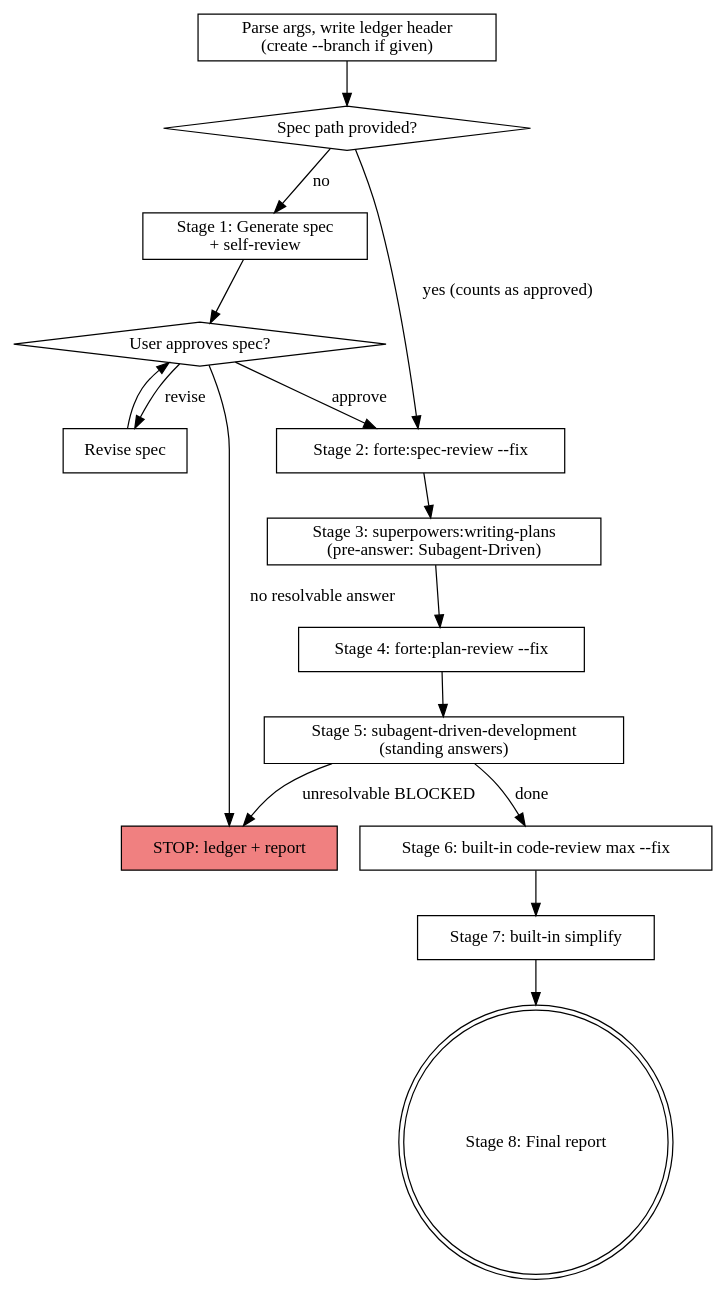
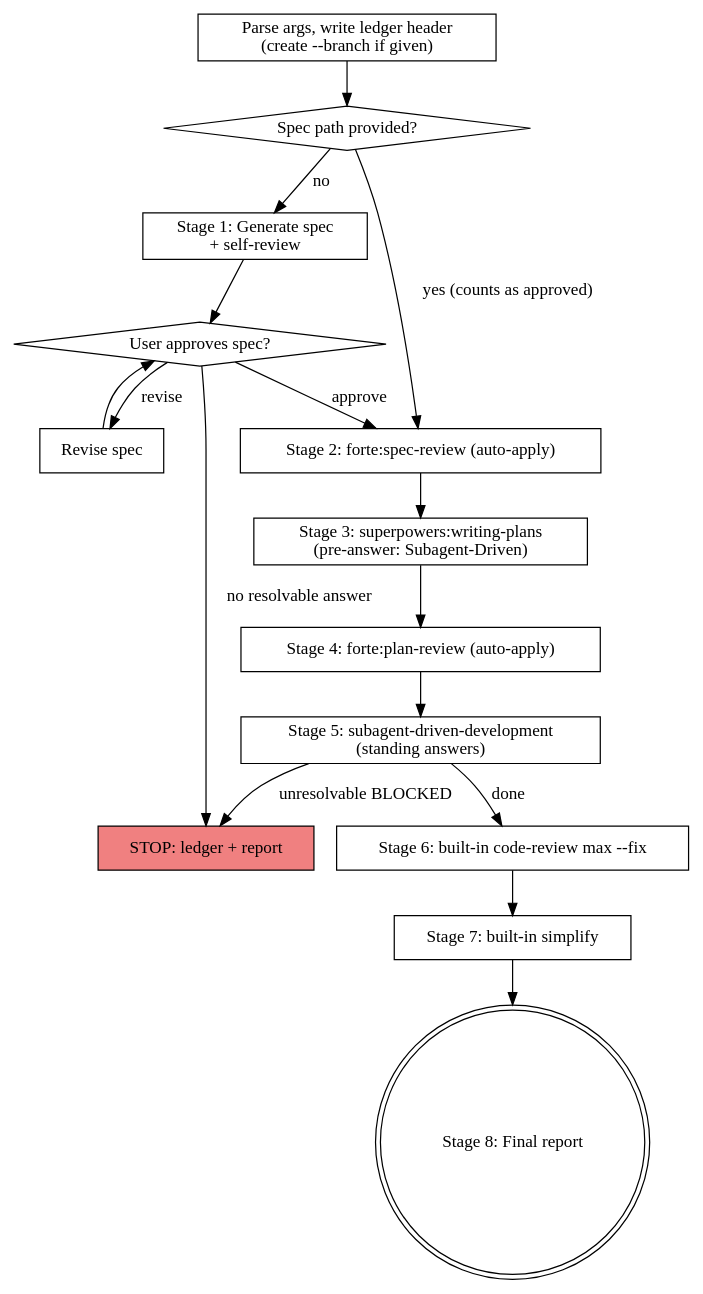
One commit to not-elm/forte changed the diagram in skills/autopilot/SKILL.md. Above: the diagram before and after it, drawn with Graphviz. The commit also changed other lines of this file and 3 other files, not shown here.

First line of the commit message:
feat(spec-review,plan-review): make auto-apply the default, add --review-only opt-out

````diff
--- a/skills/autopilot/SKILL.md
+++ b/skills/autopilot/SKILL.md
@@ -67,34 +67,34 @@
 ```dot
 digraph autopilot {
     rankdir=TB;
     "Parse args, write ledger header\n(create --branch if given)" [shape=box];
     "Spec path provided?" [shape=diamond];
     "Stage 1: Generate spec\n+ self-review" [shape=box];
     "User approves spec?" [shape=diamond];
     "Revise spec" [shape=box];
-    "Stage 2: forte:spec-review --fix" [shape=box];
+    "Stage 2: forte:spec-review (auto-apply)" [shape=box];
     "Stage 3: superpowers:writing-plans\n(pre-answer: Subagent-Driven)" [shape=box];
-    "Stage 4: forte:plan-review --fix" [shape=box];
+    "Stage 4: forte:plan-review (auto-apply)" [shape=box];
     "Stage 5: subagent-driven-development\n(standing answers)" [shape=box];
     "Stage 6: built-in code-review max --fix" [shape=box];
     "Stage 7: built-in simplify" [shape=box];
     "Stage 8: Final report" [shape=doublecircle];
     "STOP: ledger + report" [shape=box style=filled fillcolor=lightcoral];
 
     "Parse args, write ledger header\n(create --branch if given)" -> "Spec path provided?";
-    "Spec path provided?" -> "Stage 2: forte:spec-review --fix" [label="yes (counts as approved)"];
+    "Spec path provided?" -> "Stage 2: forte:spec-review (auto-apply)" [label="yes (counts as approved)"];
     "Spec path provided?" -> "Stage 1: Generate spec\n+ self-review" [label="no"];
     "Stage 1: Generate spec\n+ self-review" -> "User approves spec?";
-    "User approves spec?" -> "Stage 2: forte:spec-review --fix" [label="approve"];
+    "User approves spec?" -> "Stage 2: forte:spec-review (auto-apply)" [label="approve"];
     "User approves spec?" -> "Revise spec" [label="revise"];
     "Revise spec" -> "User approves spec?";
     "User approves spec?" -> "STOP: ledger + report" [label="no resolvable answer"];
-    "Stage 2: forte:spec-review --fix" -> "Stage 3: superpowers:writing-plans\n(pre-answer: Subagent-Driven)";
-    "Stage 3: superpowers:writing-plans\n(pre-answer: Subagent-Driven)" -> "Stage 4: forte:plan-review --fix";
-    "Stage 4: forte:plan-review --fix" -> "Stage 5: subagent-driven-development\n(standing answers)";
+    "Stage 2: forte:spec-review (auto-apply)" -> "Stage 3: superpowers:writing-plans\n(pre-answer: Subagent-Driven)";
+    "Stage 3: superpowers:writing-plans\n(pre-answer: Subagent-Driven)" -> "Stage 4: forte:plan-review (auto-apply)";
+    "Stage 4: forte:plan-review (auto-apply)" -> "Stage 5: subagent-driven-development\n(standing answers)";
     "Stage 5: subagent-driven-development\n(standing answers)" -> "Stage 6: built-in code-review max --fix" [label="done"];
     "Stage 5: subagent-driven-development\n(standing answers)" -> "STOP: ledger + report" [label="unresolvable BLOCKED"];
     "Stage 6: built-in code-review max --fix" -> "Stage 7: built-in simplify";
     "Stage 7: built-in simplify" -> "Stage 8: Final report";
 }
 ```
````
